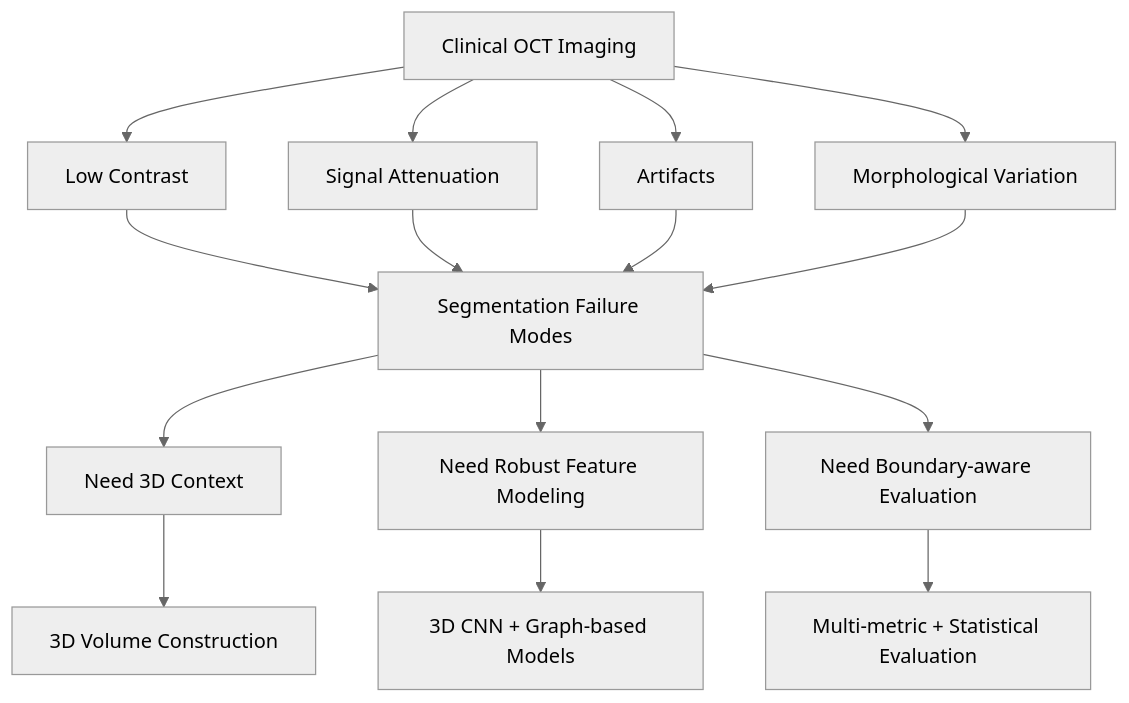
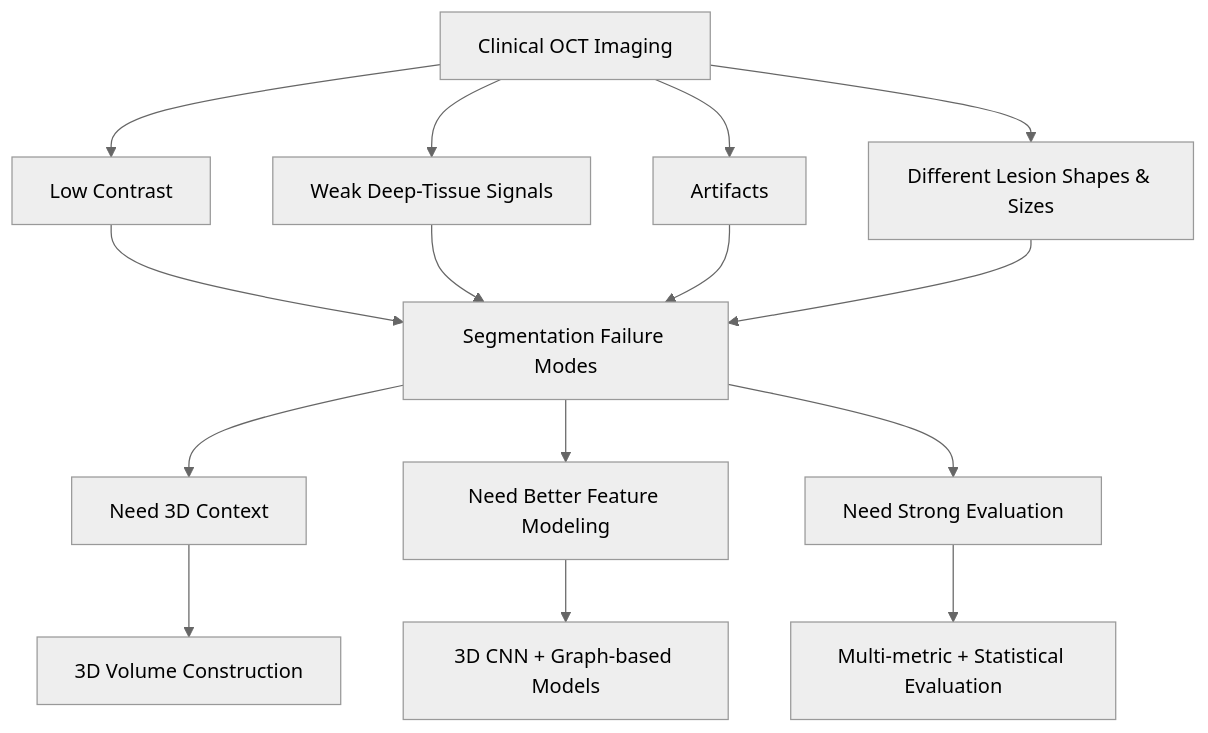
Before and after one commit to ChengYuChing/3D-DLimage-segmentation: the diagram in docs/01_problem.md, drawn with Mermaid (neutral theme). The commit also changed other lines of this file, not shown here.

Commit message:
Simplify problem deep dive wording

````diff
--- a/docs/01_problem.md
+++ b/docs/01_problem.md
@@ -51,20 +49,20 @@
 ```mermaid
 flowchart TD
     A["Clinical OCT Imaging"] --> B["Low Contrast"]
-    A --> C["Signal Attenuation"]
+    A --> C["Weak Deep-Tissue Signals"]
     A --> D["Artifacts"]
-    A --> E["Morphological Variation"]
+    A --> E["Different Lesion Shapes & Sizes"]
 
     B --> F["Segmentation Failure Modes"]
     C --> F
     D --> F
     E --> F
 
     F --> G["Need 3D Context"]
-    F --> H["Need Robust Feature Modeling"]
-    F --> I["Need Boundary-aware Evaluation"]
+    F --> H["Need Better Feature Modeling"]
+    F --> I["Need Strong Evaluation"]
 
     G --> J["3D Volume Construction"]
     H --> K["3D CNN + Graph-based Models"]
     I --> L["Multi-metric + Statistical Evaluation"]
 ```
````
